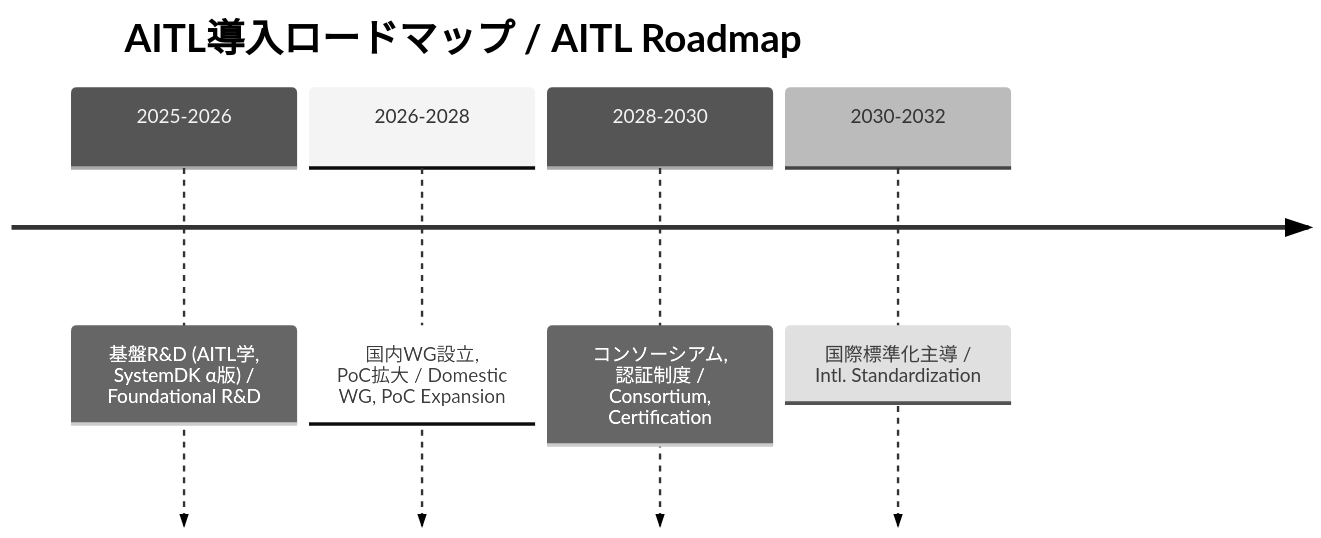
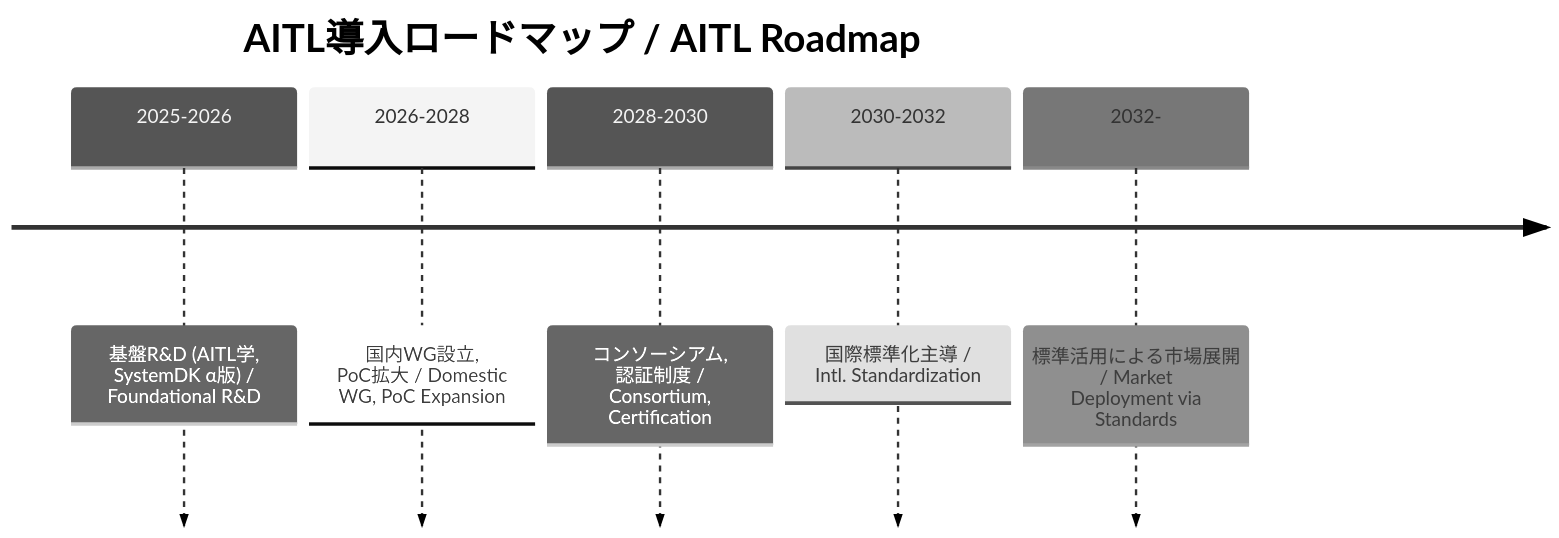
One commit to Samizo-AITL/AITL-Strategy-Proposal changed the second of 2 diagrams in AITL_Strategy_Proposal_Draft_v5_0.md. Above: the diagram before and after it, drawn with Mermaid (neutral theme). The commit also changed other lines of this file, not shown here.

````diff
--- a/AITL_Strategy_Proposal_Draft_v5_0.md
+++ b/AITL_Strategy_Proposal_Draft_v5_0.md
@@ -138,8 +146,9 @@
 ```mermaid
 timeline
     title AITL導入ロードマップ / AITL Roadmap
     2025-2026 : 基盤R&D (AITL学, SystemDK α版) / Foundational R&D
     2026-2028 : 国内WG設立, PoC拡大 / Domestic WG, PoC Expansion
     2028-2030 : コンソーシアム, 認証制度 / Consortium, Certification
     2030-2032 : 国際標準化主導 / Intl. Standardization
+    2032- : 標準活用による市場展開 / Market Deployment via Standards
 ```
````
